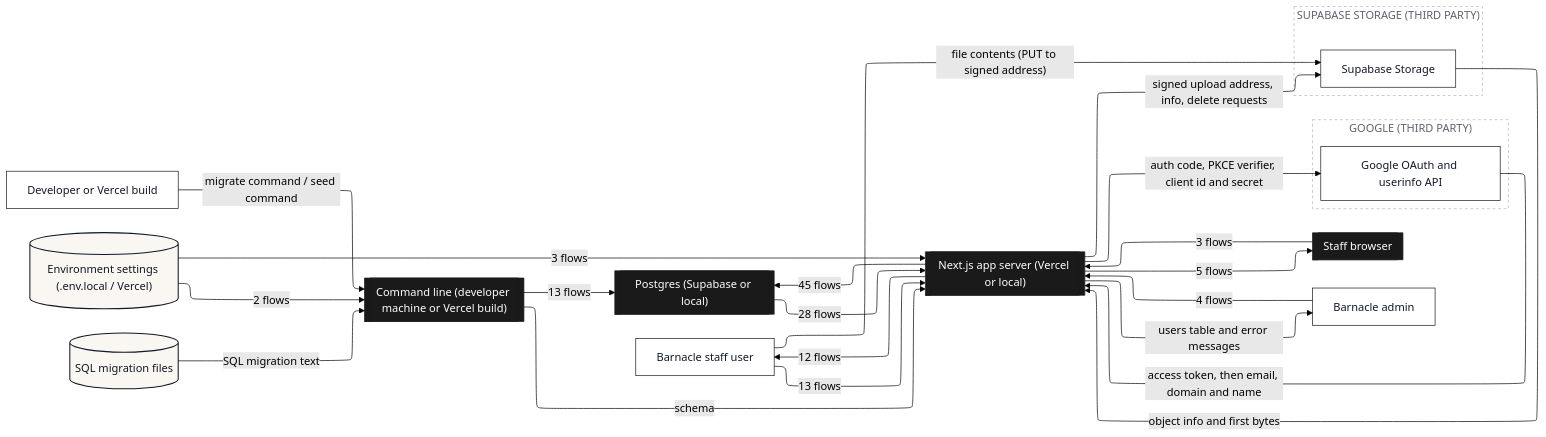
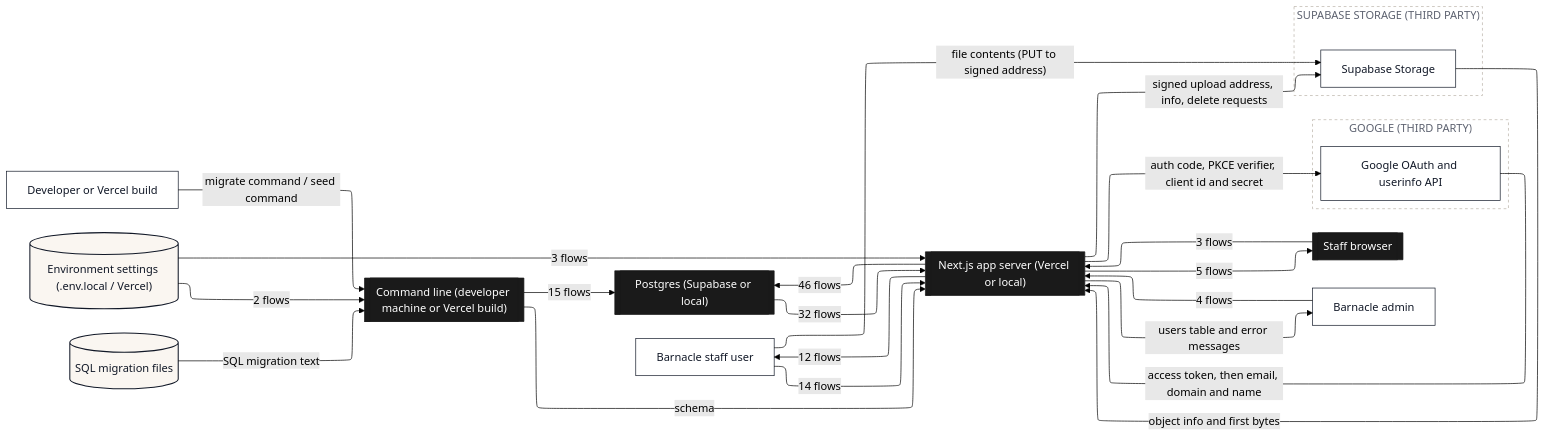
One commit to Romain-Perche/Barnacle-Pipe changed the second of 12 diagrams in dataflow/DATAFLOW.md. Above: the diagram before and after it, drawn with Mermaid (forest theme). The commit also changed other lines of this file and 8 other files, not shown here.

````diff
--- a/dataflow/DATAFLOW.md
+++ b/dataflow/DATAFLOW.md
@@ -112,52 +119,52 @@
 ```mermaid
 ---
 config:
   layout: elk
 ---
 flowchart LR
     n1[["Next.js app server (Vercel or local)"]]
     n2[["Staff browser"]]
     n3[["Command line (developer machine or Vercel build)"]]
     n4[["Postgres (Supabase or local)"]]
     n5["Barnacle admin"]
     n6["Developer or Vercel build"]
     n7[("Environment settings (.env.local / Vercel)")]
     n8[("SQL migration files")]
     n9["Barnacle staff user"]
     subgraph z1["GOOGLE (THIRD PARTY)"]
         n10["Google OAuth and userinfo API"]
     end
     subgraph z2["SUPABASE STORAGE (THIRD PARTY)"]
         n11["Supabase Storage"]
     end
-    n1 -->|"45 flows"| n4
+    n1 -->|"46 flows"| n4
     n1 -->|"12 flows"| n9
-    n4 -->|"28 flows"| n1
+    n4 -->|"32 flows"| n1
     n5 -->|"4 flows"| n1
     n2 -->|"3 flows"| n1
     n6 -->|"migrate command / seed command"| n3
     n7 -->|"3 flows"| n1
     n7 -->|"2 flows"| n3
     n1 -->|"5 flows"| n2
     n1 -->|"signed upload address, info, delete requests"| n11
     n1 -->|"auth code, PKCE verifier, client id and secret"| n10
     n10 -->|"access token, then email, domain and name"| n1
-    n3 -->|"13 flows"| n4
+    n3 -->|"15 flows"| n4
     n3 -->|"schema"| n1
     n8 -->|"SQL migration text"| n3
-    n9 -->|"13 flows"| n1
+    n9 -->|"14 flows"| n1
     n9 -->|"file contents (PUT to signed address)"| n11
     n11 -->|"object info and first bytes"| n1
     n1 -->|"users table and error messages"| n5
     classDef actor fill:#FFFFFF,stroke:#111827,stroke-width:1px,color:#111827
     classDef process fill:#EDEAFF,stroke:#2B00FF,stroke-width:1.5px,color:#111827
     classDef store fill:#FAF6F1,stroke:#111827,stroke-width:1.5px,color:#111827
     classDef zone fill:#1A1A1A,stroke:#1A1A1A,color:#FFFFFF
     classDef group fill:#2B00FF,stroke:#2B00FF,color:#FFFFFF
     classDef stub fill:#FFFFFF,stroke:#2B00FF,stroke-width:1.5px,stroke-dasharray:5 4,color:#2B00FF
     class n5,n6,n9,n10,n11 actor
     class n7,n8 store
     class n1,n2,n3,n4 zone
     style z1 fill:#FFFFFF,stroke:#B9B2A8,stroke-dasharray:4 4,color:#5D6270
     style z2 fill:#FFFFFF,stroke:#B9B2A8,stroke-dasharray:4 4,color:#5D6270
 ```
````
